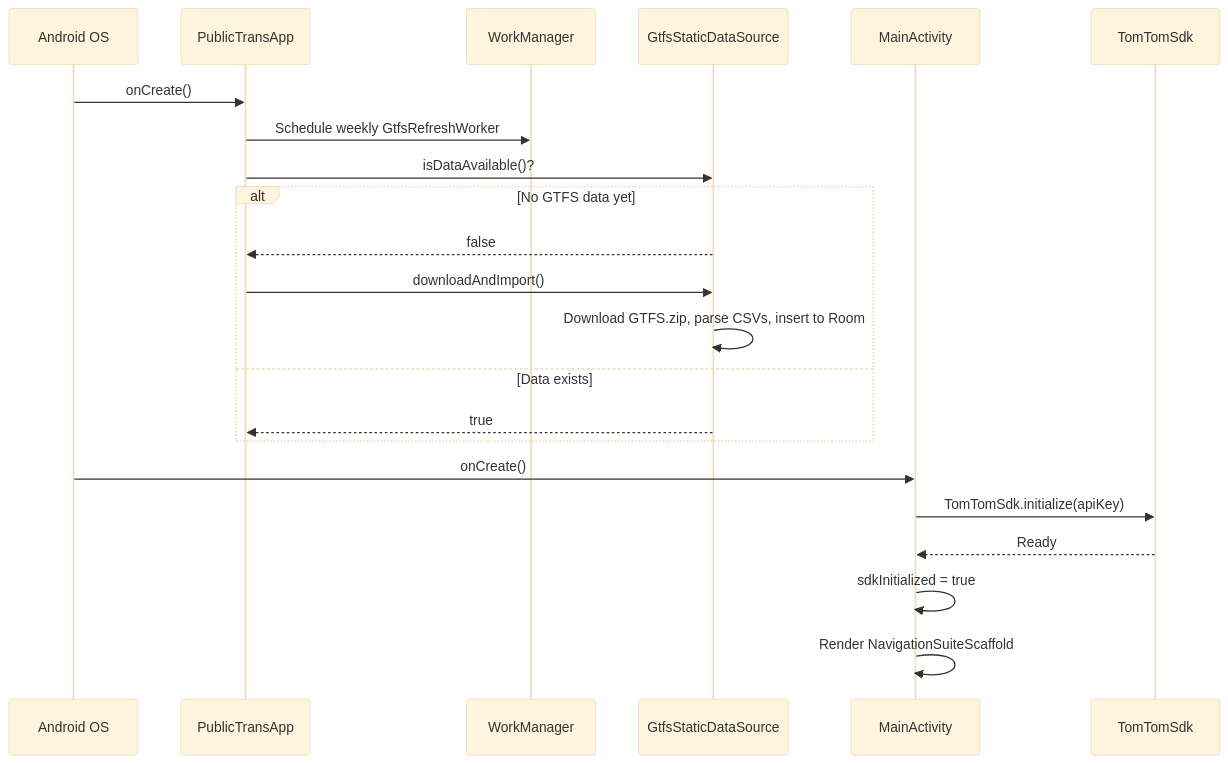
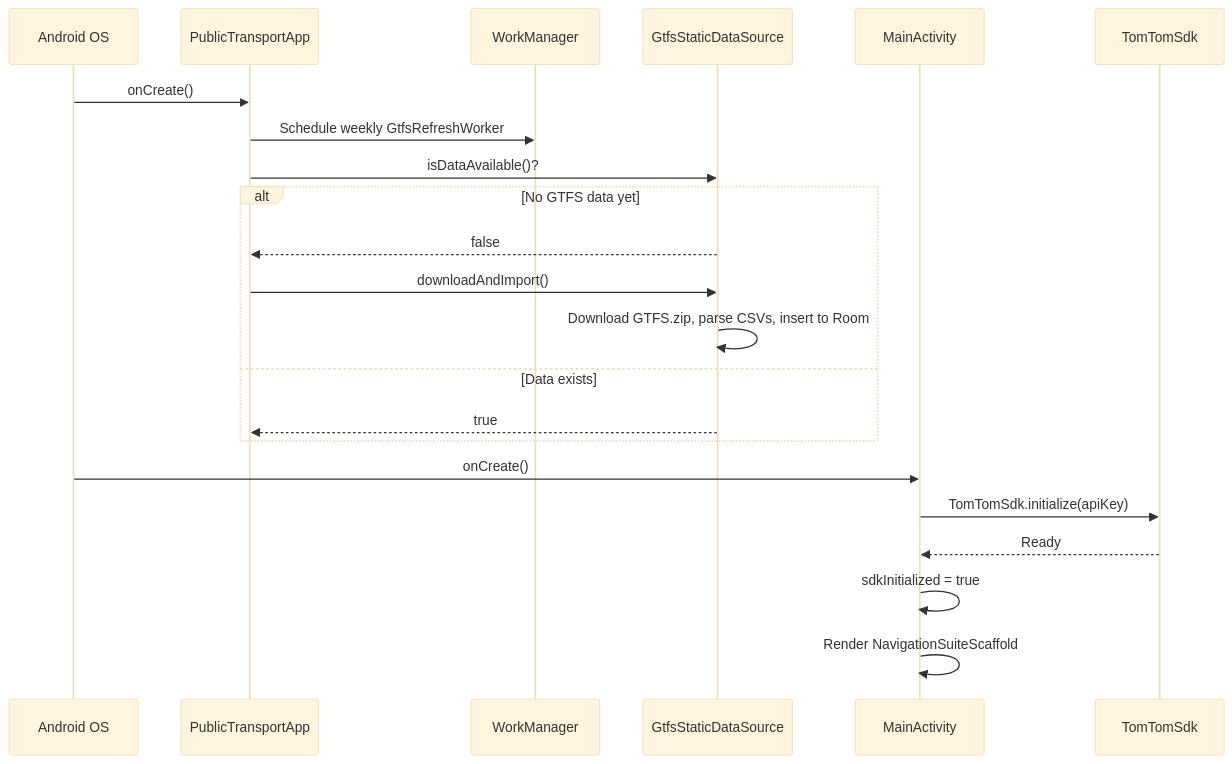
Before and after one commit to karczews/PublicTransViewer: the eighth of 9 diagrams in docs/ARCHITECTURE.md, drawn with Mermaid (base theme). The commit also changed other lines of this file and 117 other files, not shown here.

First line of the commit message:
refactor: rename app and package to PublicTransportViewer (#30)

````diff
--- a/docs/ARCHITECTURE.md
+++ b/docs/ARCHITECTURE.md
@@ -379,25 +381,25 @@
 ```mermaid
 sequenceDiagram
     participant OS as Android OS
-    participant App as PublicTransApp
+    participant App as PublicTransportApp
     participant WM as WorkManager
     participant SDS as GtfsStaticDataSource
     participant Act as MainActivity
     participant SDK as TomTomSdk
 
     OS->>App: onCreate()
     App->>WM: Schedule weekly GtfsRefreshWorker
     App->>SDS: isDataAvailable()?
     alt No GTFS data yet
         SDS-->>App: false
         App->>SDS: downloadAndImport()
         SDS->>SDS: Download GTFS.zip, parse CSVs, insert to Room
     else Data exists
         SDS-->>App: true
     end
     OS->>Act: onCreate()
     Act->>SDK: TomTomSdk.initialize(apiKey)
     SDK-->>Act: Ready
     Act->>Act: sdkInitialized = true
     Act->>Act: Render NavigationSuiteScaffold
 ```
````
